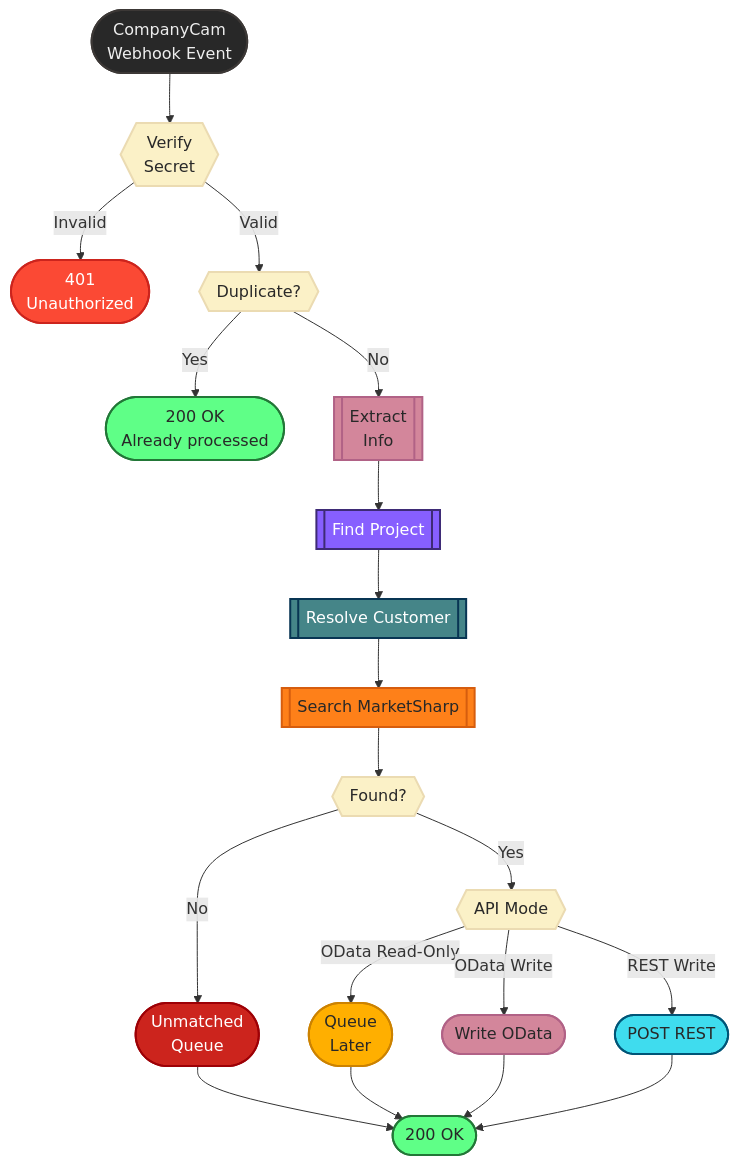
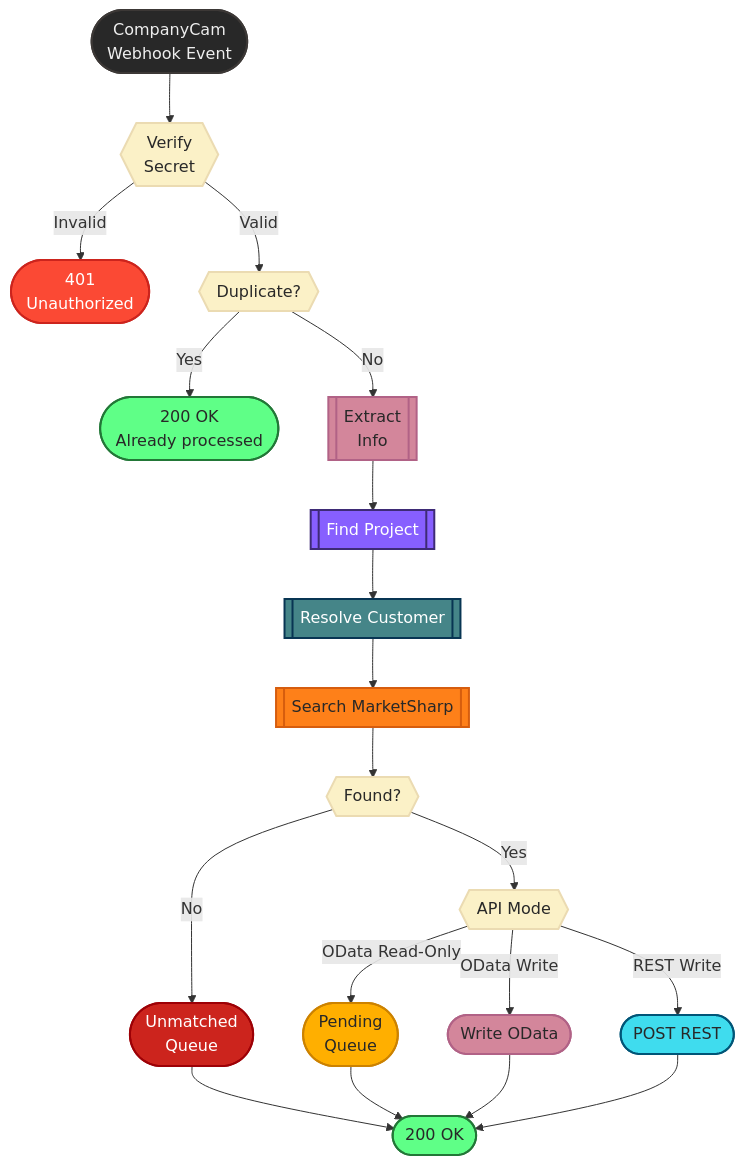
One commit to sweetrellish/api-handlers-spicer changed the first of 3 diagrams in README.md. Above: the diagram before and after it, drawn with Mermaid. The commit also changed other lines of this file and 7 other files, not shown here.

````diff
--- a/README.md
+++ b/README.md
@@ -58,50 +59,49 @@
 ```mermaid
 flowchart TD
     A([CompanyCam<br>Webhook Event]):::black
     B{{Verify<br>Secret}}:::white
     Z([401<br>Unauthorized]):::red
     C{{Duplicate?}}:::white
     Z2([200 OK<br>Already processed]):::boldgreen
     D[[Extract<br>Info]]:::magenta
     E[[Find Project]]:::boldpurple
     F[[Resolve Customer]]:::brightblue
     G[[Search MarketSharp]]:::orange
     H{{Found?}}:::white
     I{{API Mode}}:::white
     Q([Unmatched<br>Queue]):::darkred
-    Q2([Queue<br>Later]):::boldorange
+    Q2([Pending<br>Queue]):::boldorange
     R([Write OData]):::magenta
     S([POST REST]):::boldcyan
     Y([200 OK]):::boldgreen
 
     A --> B
     B -- "Invalid" --> Z
     B -- "Valid" --> C
     C -- "Yes" --> Z2
     C -- "No" --> D --> E --> F --> G --> H
     H -- "No" --> Q --> Y
     H -- "Yes" --> I
     I -- "OData Read-Only" --> Q2 --> Y
     I -- "OData Write" --> R --> Y
     I -- "REST Write" --> S --> Y
 
     classDef yellow fill:#fabd2f,stroke:#d79921,stroke-width:2px,color:#282828;
     classDef orange fill:#fe8019,stroke:#d65d0e,stroke-width:2px,color:#282828;
     classDef red fill:#fb4934,stroke:#cc241d,stroke-width:2px,color:#fff;
     classDef darkred fill:#cc241d,stroke:#9d0006,stroke-width:2px,color:#fff;
     classDef green fill:#b8bb26,stroke:#98971a,stroke-width:2px,color:#282828;
     classDef lime fill:#a3be8c,stroke:#5a7f43,stroke-width:2px,color:#282828;
     classDef aqua fill:#8ec07c,stroke:#458588,stroke-width:2px,color:#282828;
     classDef cyan fill:#17aabb,stroke:#076678,stroke-width:2px,color:#282828;
     classDef blue fill:#83a598,stroke:#076678,stroke-width:2px,color:#282828;
     classDef brightblue fill:#458588,stroke:#083553,stroke-width:2px,color:#fff;
     classDef purple fill:#b16286,stroke:#7c3a63,stroke-width:2px,color:#282828;
     classDef magenta fill:#d3869b,stroke:#b16286,stroke-width:2px,color:#282828;
     classDef black fill:#282828,stroke:#3c3836,stroke-width:2px,color:#eee;
     classDef white fill:#fbf1c7,stroke:#ebdbb2,stroke-width:2px,color:#282828;
-    classDef pink fill:#ff5faf,stroke:#af3a8e,stroke-width:2px,color:#282828;
     classDef boldcyan fill:#3fdcee,stroke:#005577,stroke-width:2px,color:#282828;
     classDef boldorange fill:#ffaf00,stroke:#cc8200,stroke-width:2px,color:#282828;
     classDef boldgreen fill:#5fff87,stroke:#227737,stroke-width:2px,color:#282828;
     classDef boldpurple fill:#875fff,stroke:#3e2b76,stroke-width:2px,color:#fff;
 ```
````
